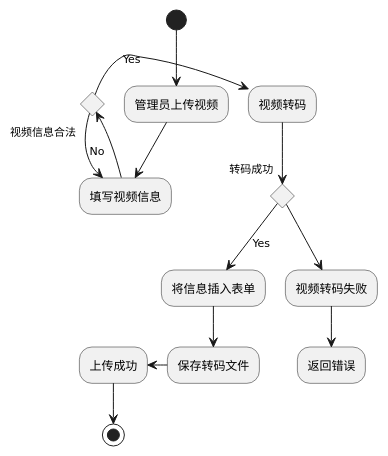
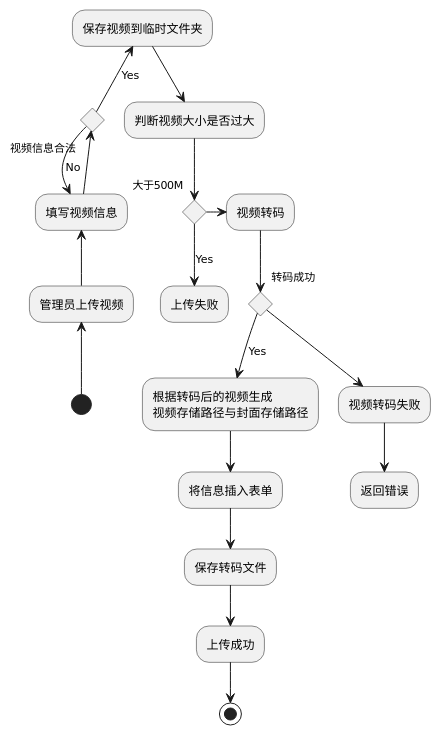
One commit to qwerqqwewq/VideoOnline changed the diagram in src/main/java/com/zte/video/diag/activity_upload.puml. Above: the diagram before and after it, drawn with PlantUML. The commit also changed 9 other files, not shown here.

```diff
--- a/src/main/java/com/zte/video/diag/activity_upload.puml
+++ b/src/main/java/com/zte/video/diag/activity_upload.puml
@@ -1,20 +1,27 @@
 @startuml
-(*)  --> "管理员上传视频"
---> "填写视频信息"
+(*)  -up-> "管理员上传视频"
+-up-> "填写视频信息"
 If "视频信息合法" then
-    -right-> [Yes]"视频转码"
-    If "转码成功" then
-    --> [Yes] "将信息插入表单"
-    --> "保存转码文件"
-    -left-> "上传成功"
-    -->(*)
+    -up-> [Yes]"保存视频到临时文件夹"
+    --> "判断视频大小是否过大"
+    If "大于500M" then
+        --> [Yes] "上传失败"
+    Else
+        -right-> "视频转码"
+        If "转码成功" then
+        --> [Yes] "根据转码后的视频生成\n视频存储路径与封面存储路径"
+        --> "将信息插入表单"
+        --> "保存转码文件"
+        -down-> "上传成功"
+        -->(*)
 
-    else
-    --> "视频转码失败"
-    --> "返回错误"
+        else
+        --> "视频转码失败"
+        --> "返回错误"
+        Endif
     Endif
 
 Else
-    --> [No]"填写视频信息"
+    -down-> [No]"填写视频信息"
 Endif
 @enduml
```
